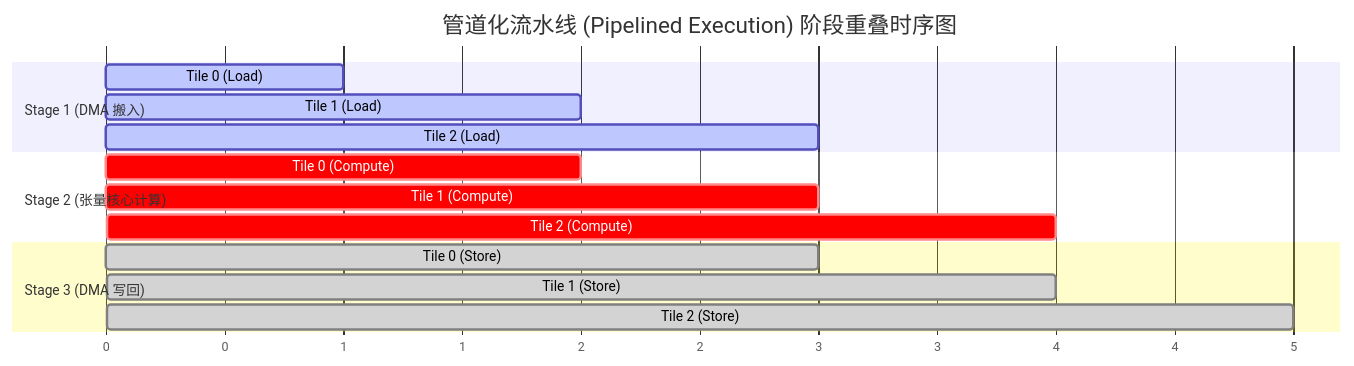
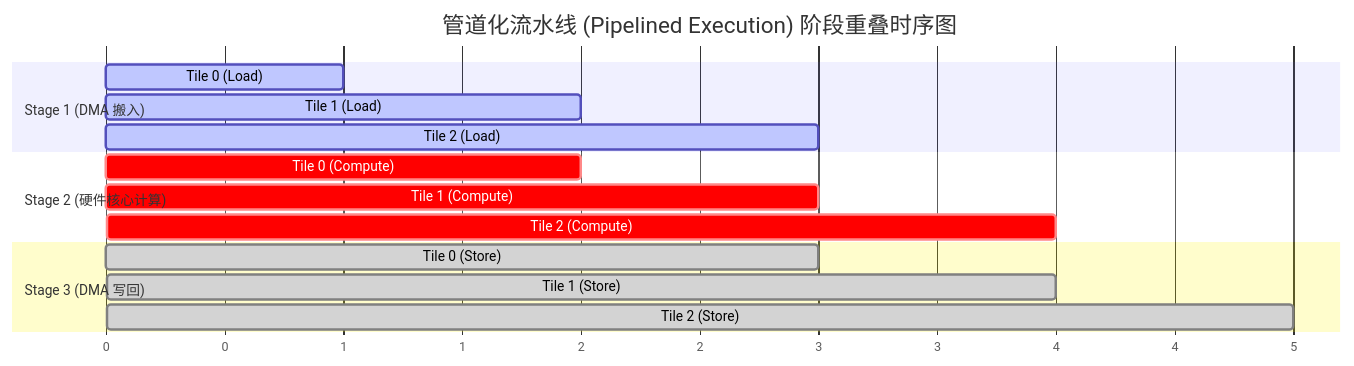
Before and after one commit to hqu-little-boy/blog: the fourth of 8 diagrams in src/content/posts/dsl-design-paradigms-streaming-pipeline-and-hardware-execution-guide.md, drawn with Mermaid. The commit also changed other lines of this file, not shown here.

````diff
--- a/src/content/posts/dsl-design-paradigms-streaming-pipeline-and-hardware-execution-guide.md
+++ b/src/content/posts/dsl-design-paradigms-streaming-pipeline-and-hardware-execution-guide.md
@@ -327,21 +437,21 @@
 ```mermaid
 gantt
     title 管道化流水线 (Pipelined Execution) 阶段重叠时序图
     dateFormat  X
     axisFormat %s
 
     section Stage 1 (DMA 搬入)
     Tile 0 (Load)   :active, 0, 1
     Tile 1 (Load)   :active, 1, 2
     Tile 2 (Load)   :active, 2, 3
 
-    section Stage 2 (张量核心计算)
+    section Stage 2 (硬件核心计算)
     Tile 0 (Compute):crit, 1, 2
     Tile 1 (Compute):crit, 2, 3
     Tile 2 (Compute):crit, 3, 4
 
     section Stage 3 (DMA 写回)
     Tile 0 (Store)  :done, 2, 3
     Tile 1 (Store)  :done, 3, 4
     Tile 2 (Store)  :done, 4, 5
 ```
````
